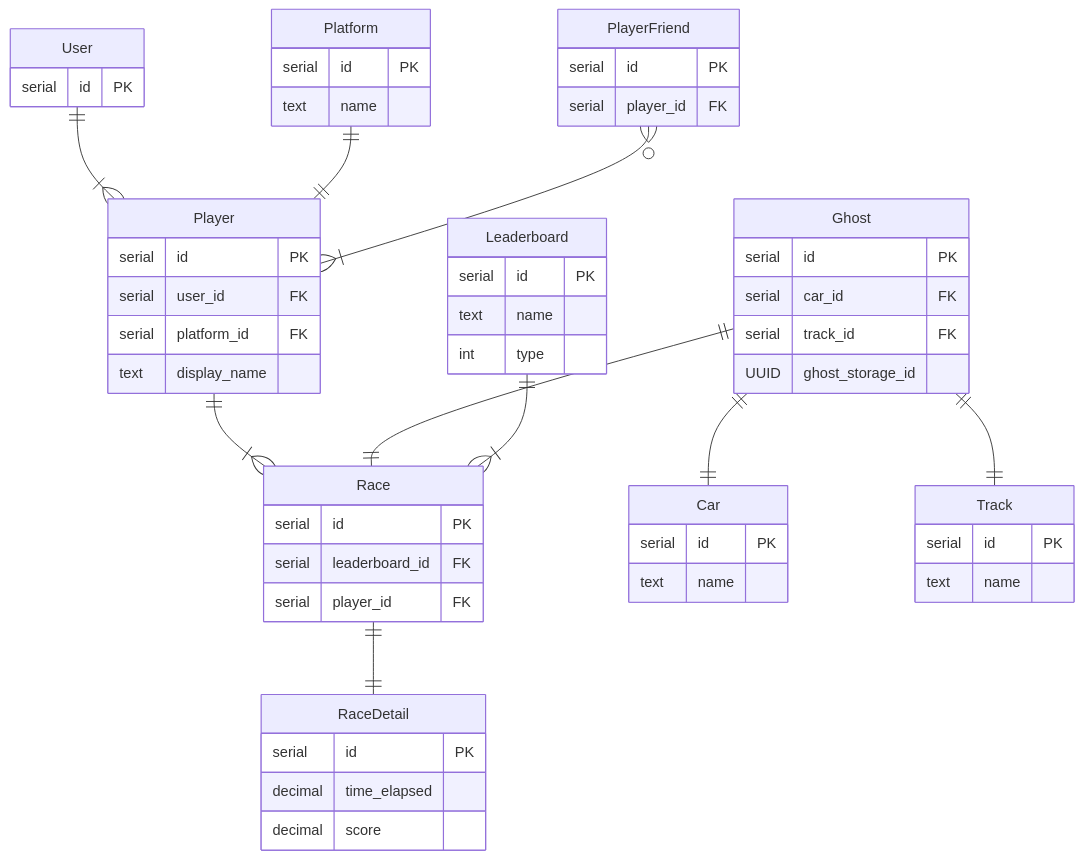
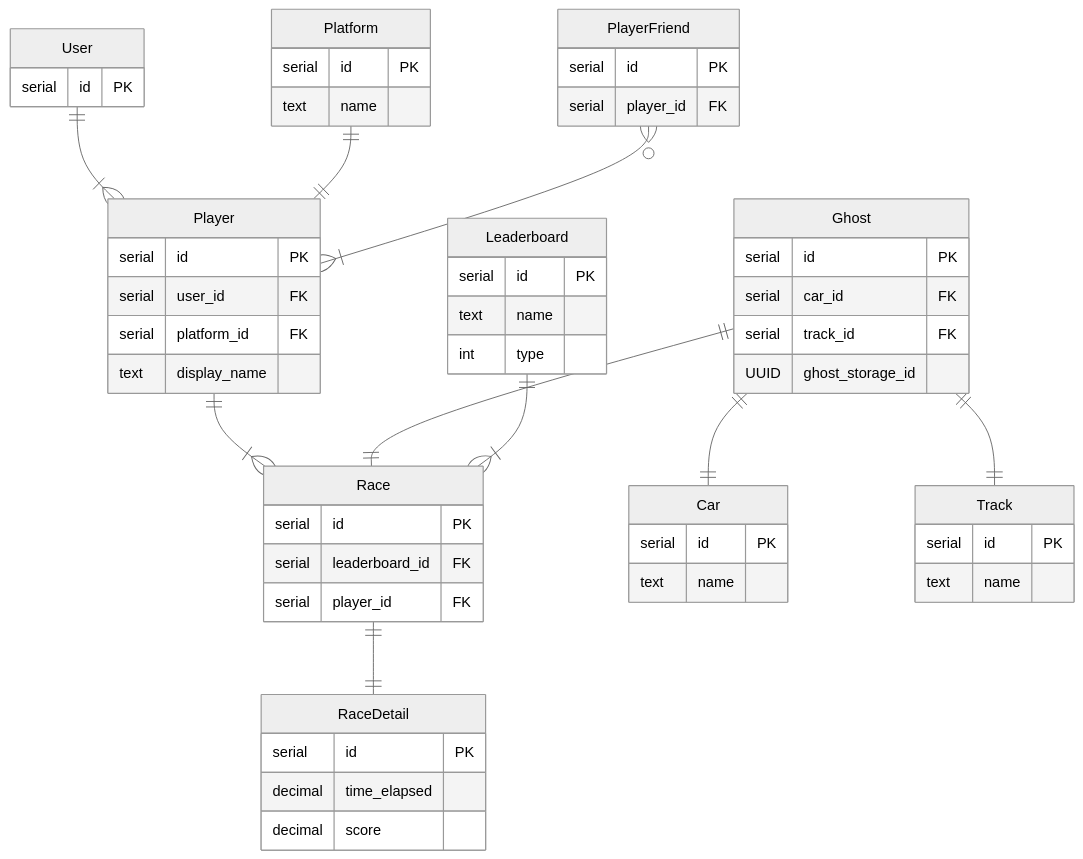
The second of 2 diagrams in README.md (rick-0/MegaLeaderboard), drawn with Mermaid before and after one commit.

````diff
--- a/README.md
+++ b/README.md
@@ -74,60 +74,60 @@
 ``` mermaid
-%%{init: {'themeVariables': { 'darkMode': true }}}%%
+%%{init: {'theme':'neutral'}}%%
 erDiagram
     User ||--|{ Player : ""
     Player ||--|{ Race : ""
     Platform ||--|| Player : ""
     PlayerFriend }o--|{ Player : ""
     Ghost ||--|| Race : ""
     Race ||--|| RaceDetail : ""
     Ghost ||--|| Car : ""
     Ghost ||--|| Track : ""
     Leaderboard ||--|{ Race : ""   
 
     User {
         serial id PK
     }
     Player {
         serial id PK
         serial user_id FK
         serial platform_id FK
         text display_name
     }
     Platform {
         serial id PK
         text name
     }
     PlayerFriend {
         serial id PK
         serial player_id FK
     }
     Ghost {
         serial id PK
         serial car_id FK
         serial track_id FK
         UUID ghost_storage_id
     }
     RaceDetail {
         serial id PK
         decimal time_elapsed
         decimal score
     }
     Race {
         serial id PK
         serial leaderboard_id FK
         serial player_id FK
     }
     Car {
         serial id PK
         text name
     }
     Track {
         serial id PK
         text name
     }
     Leaderboard {
         serial id PK
         text name
         int type
     }
 ```
````
